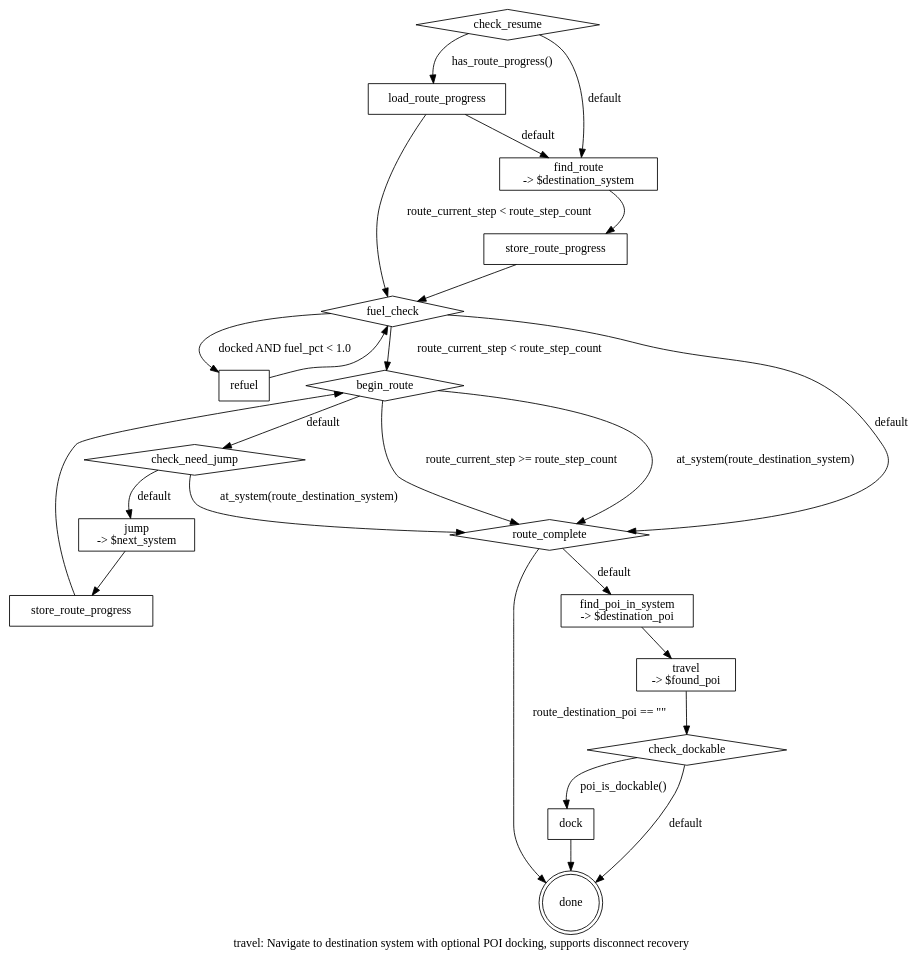
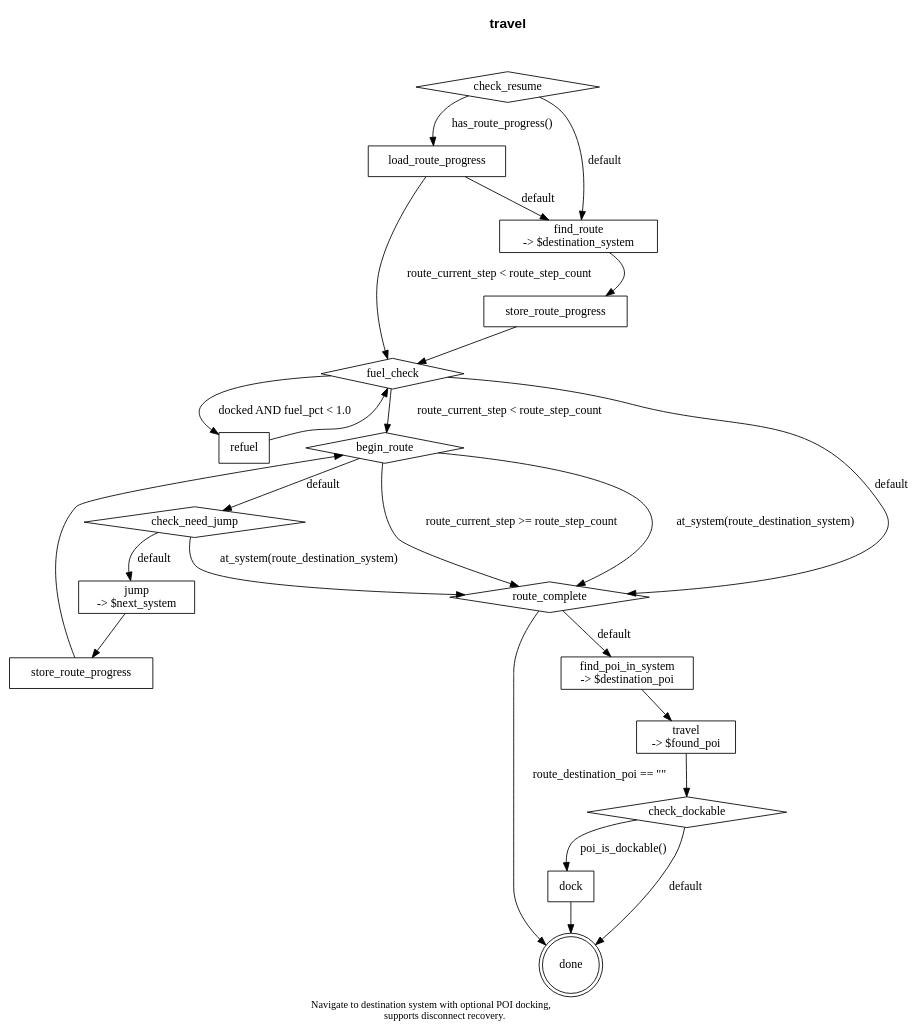
Before and after one commit to rsned/spacemolt: the diagram in data/skills/travel.dot, drawn with Graphviz. The commit also changed 15 other files, not shown here.

```diff
--- a/data/skills/travel.dot
+++ b/data/skills/travel.dot
@@ -1,46 +1,54 @@
 digraph travel {
-  label="travel: Navigate to destination system with optional POI docking, supports disconnect recovery"
+  label=<
+Navigate to destination system with optional POI docking,<br/>
+supports disconnect recovery.
+>
+  labelloc=b
+  fontsize=12
   rankdir=TB
+
+  title [shape=none margin=0 fontsize=16 fontname="Helvetica-Bold" label="travel"]
+  title -> check_resume [style=invis]
 
   check_resume [shape=diamond label="check_resume"]
   validate_resume [shape=box label="load_route_progress"]
   plan_route [shape=box label="find_route\n-> $destination_system"]
   store_and_fuel_check [shape=box label="store_route_progress"]
   fuel_check [shape=diamond label="fuel_check"]
   refuel_now [shape=box label="refuel"]
   begin_route [shape=diamond label="begin_route"]
   check_need_jump [shape=diamond label="check_need_jump"]
   do_jump [shape=box label="jump\n-> $next_system"]
   save_progress [shape=box label="store_route_progress"]
   route_complete [shape=diamond label="route_complete"]
   find_poi [shape=box label="find_poi_in_system\n-> $destination_poi"]
   travel_to_poi [shape=box label="travel\n-> $found_poi"]
   check_dockable [shape=diamond label="check_dockable"]
   dock [shape=box label="dock"]
   done [shape=doublecircle label="done"]
 
   check_resume -> validate_resume [label="has_route_progress()"]
   check_resume -> plan_route [label="default"]
   validate_resume -> fuel_check [label="route_current_step < route_step_count"]
   validate_resume -> plan_route [label="default"]
   plan_route -> store_and_fuel_check
   store_and_fuel_check -> fuel_check
   fuel_check -> refuel_now [label="docked AND fuel_pct < 1.0"]
   fuel_check -> begin_route [label="route_current_step < route_step_count"]
   fuel_check -> route_complete [label="default"]
   refuel_now -> fuel_check
   begin_route -> route_complete [label="route_current_step >= route_step_count"]
   begin_route -> route_complete [label="at_system(route_destination_system)"]
   begin_route -> check_need_jump [label="default"]
   check_need_jump -> route_complete [label="at_system(route_destination_system)"]
   check_need_jump -> do_jump [label="default"]
   do_jump -> save_progress
   save_progress -> begin_route
   route_complete -> done [label="route_destination_poi == \"\""]
   route_complete -> find_poi [label="default"]
   find_poi -> travel_to_poi
   travel_to_poi -> check_dockable
   check_dockable -> dock [label="poi_is_dockable()"]
   check_dockable -> done [label="default"]
   dock -> done
 }
```
